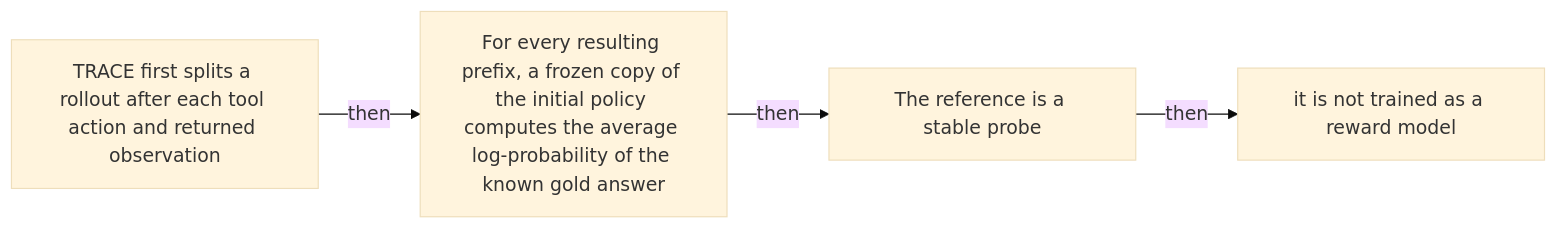
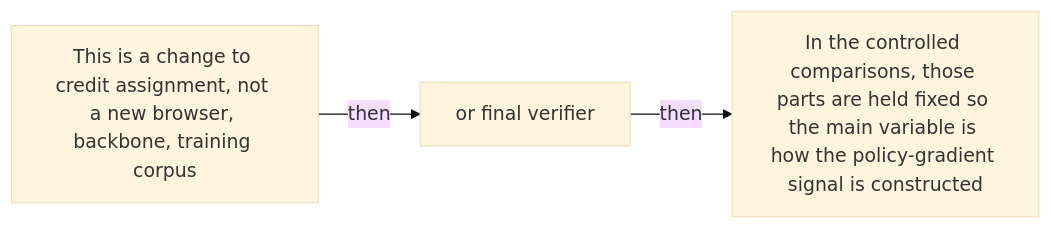
Diagram 12 of 48 in docs/visual-manifests/VISUAL_MANIFEST_TRACE.md (Betancourt1/paper_atlas), drawn with Mermaid (base theme) before and after one commit. The commit also changed other lines of this file and 7 other files, not shown here.

````diff
--- a/docs/visual-manifests/VISUAL_MANIFEST_TRACE.md
+++ b/docs/visual-manifests/VISUAL_MANIFEST_TRACE.md
@@ -1022,10 +890,8 @@
 ```mermaid
 flowchart LR
-  n1["TRACE first splits a rollout after each tool action and returned observation"]
-  n2["For every resulting prefix, a frozen copy of the initial policy computes the average log-probability of the known gold answer"]
-  n3["The reference is a stable probe"]
-  n4["it is not trained as a reward model"]
+  n1["This is a change to credit assignment, not a new browser, backbone, training corpus"]
+  n2["or final verifier"]
+  n3["In the controlled comparisons, those parts are held fixed so the main variable is how the policy-gradient signal is constructed"]
   n1 -->|"then"| n2
   n2 -->|"then"| n3
-  n3 -->|"then"| n4
 ```
````
